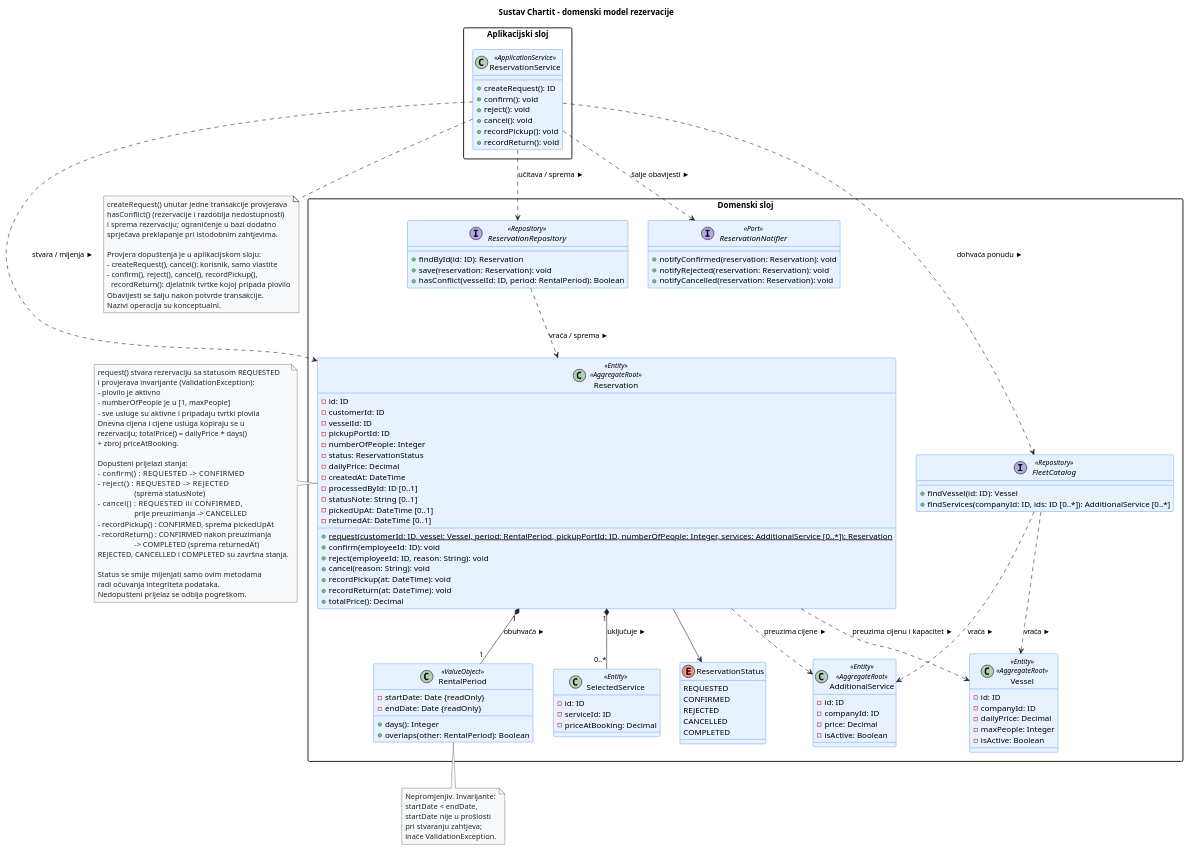
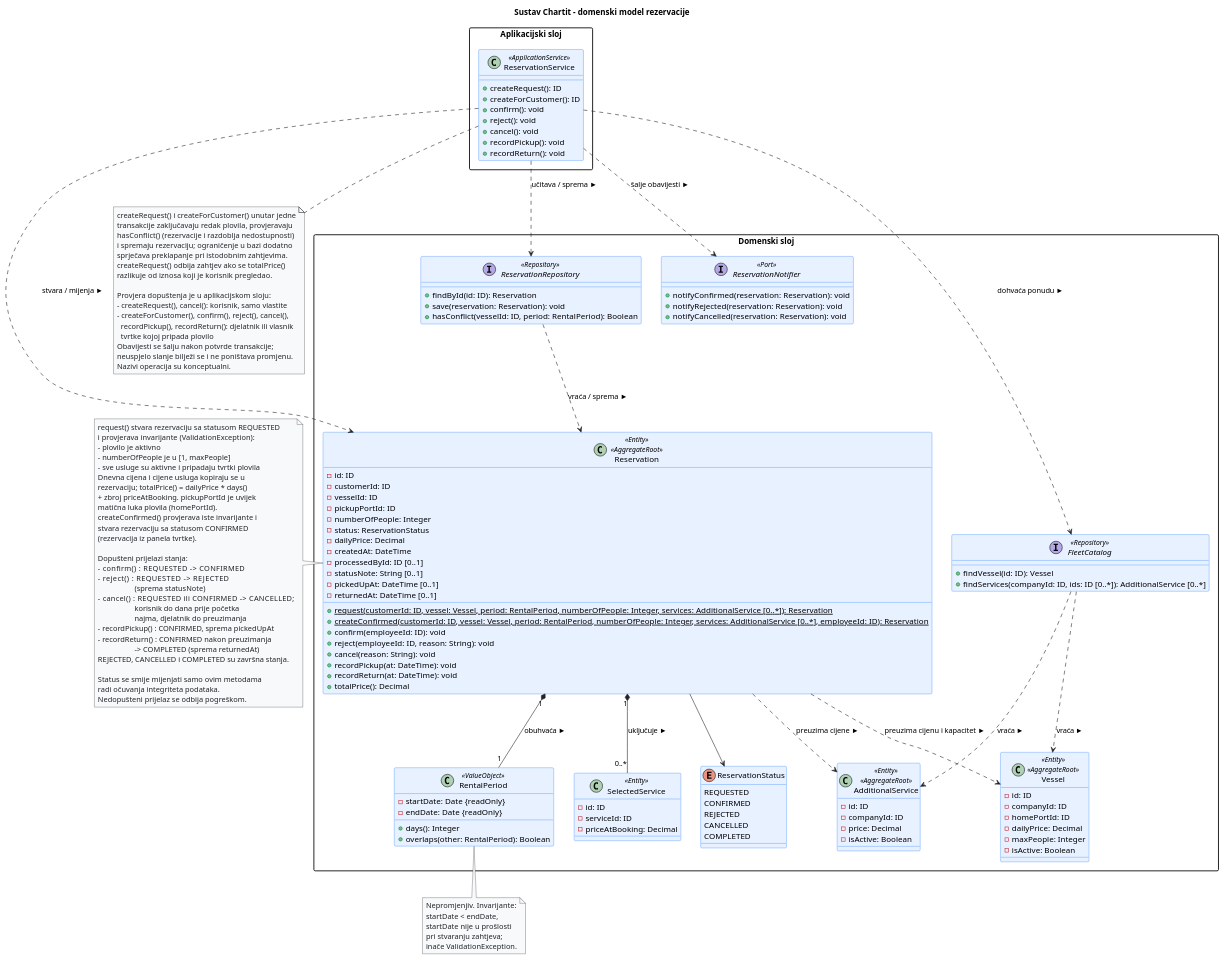
Before and after one commit to tmpteamname1/ChartIt: the diagram in docs/puml/4-3-chartit-domain-CD.puml, drawn with PlantUML. The commit also changed other lines of this file and 13 other files, not shown here.

First line of the commit message:
144: Pravila rezervacija i opseg prije Iteracije 2

```diff
--- a/docs/puml/4-3-chartit-domain-CD.puml
+++ b/docs/puml/4-3-chartit-domain-CD.puml
@@ -43,6 +43,7 @@
 
   class ReservationService <<ApplicationService>> {
     +createRequest(): ID
+    +createForCustomer(): ID
     +confirm(): void
     +reject(): void
     +cancel(): void
@@ -74,7 +75,8 @@
     -statusNote: String [0..1]
     -pickedUpAt: DateTime [0..1]
     -returnedAt: DateTime [0..1]
-    +{static} request(customerId: ID, vessel: Vessel, period: RentalPeriod, pickupPortId: ID, numberOfPeople: Integer, services: AdditionalService [0..*]): Reservation
+    +{static} request(customerId: ID, vessel: Vessel, period: RentalPeriod, numberOfPeople: Integer, services: AdditionalService [0..*]): Reservation
+    +{static} createConfirmed(customerId: ID, vessel: Vessel, period: RentalPeriod, numberOfPeople: Integer, services: AdditionalService [0..*], employeeId: ID): Reservation
     +confirm(employeeId: ID): void
     +reject(employeeId: ID, reason: String): void
     +cancel(reason: String): void
@@ -109,6 +111,7 @@
   class Vessel <<Entity>> <<AggregateRoot>> {
     -id: ID
     -companyId: ID
+    -homePortId: ID
     -dailyPrice: Decimal
     -maxPeople: Integer
     -isActive: Boolean
@@ -175,14 +178,19 @@
   - sve usluge su aktivne i pripadaju tvrtki plovila
   Dnevna cijena i cijene usluga kopiraju se u
   rezervaciju; totalPrice() = dailyPrice * days()
-  + zbroj priceAtBooking.
+  + zbroj priceAtBooking. pickupPortId je uvijek
+  matična luka plovila (homePortId).
+  createConfirmed() provjerava iste invarijante i
+  stvara rezervaciju sa statusom CONFIRMED
+  (rezervacija iz panela tvrtke).
 
   Dopušteni prijelazi stanja:
   - confirm()      : REQUESTED -> CONFIRMED
   - reject()       : REQUESTED -> REJECTED
                      (sprema statusNote)
-  - cancel()       : REQUESTED ili CONFIRMED,
-                     prije preuzimanja -> CANCELLED
+  - cancel()       : REQUESTED ili CONFIRMED -> CANCELLED;
+                     korisnik do dana prije početka
+                     najma, djelatnik do preuzimanja
   - recordPickup() : CONFIRMED, sprema pickedUpAt
   - recordReturn() : CONFIRMED nakon preuzimanja
                      -> COMPLETED (sprema returnedAt)
@@ -202,16 +210,21 @@
 end note
 
 note bottom of ReservationService
-  createRequest() unutar jedne transakcije provjerava
+  createRequest() i createForCustomer() unutar jedne
+  transakcije zaključavaju redak plovila, provjeravaju
   hasConflict() (rezervacije i razdoblja nedostupnosti)
-  i sprema rezervaciju; ograničenje u bazi dodatno
+  i spremaju rezervaciju; ograničenje u bazi dodatno
   sprječava preklapanje pri istodobnim zahtjevima.
+  createRequest() odbija zahtjev ako se totalPrice()
+  razlikuje od iznosa koji je korisnik pregledao.
 
   Provjera dopuštenja je u aplikacijskom sloju:
   - createRequest(), cancel(): korisnik, samo vlastite
-  - confirm(), reject(), cancel(), recordPickup(),
-    recordReturn(): djelatnik tvrtke kojoj pripada plovilo
-  Obavijesti se šalju nakon potvrde transakcije.
+  - createForCustomer(), confirm(), reject(), cancel(),
+    recordPickup(), recordReturn(): djelatnik ili vlasnik
+    tvrtke kojoj pripada plovilo
+  Obavijesti se šalju nakon potvrde transakcije;
+  neuspjelo slanje bilježi se i ne poništava promjenu.
   Nazivi operacija su konceptualni.
 end note
 
```
